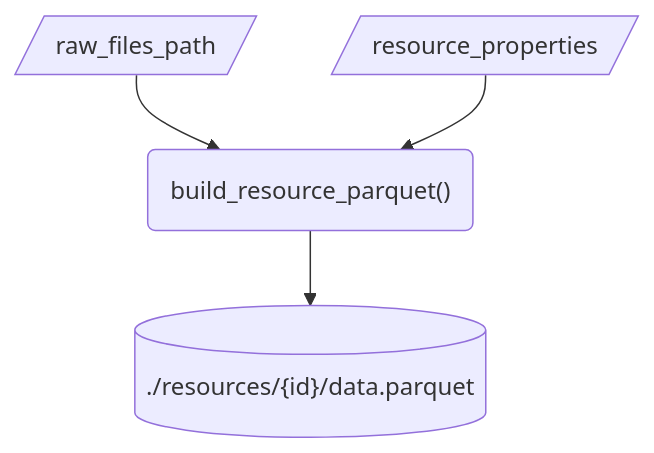
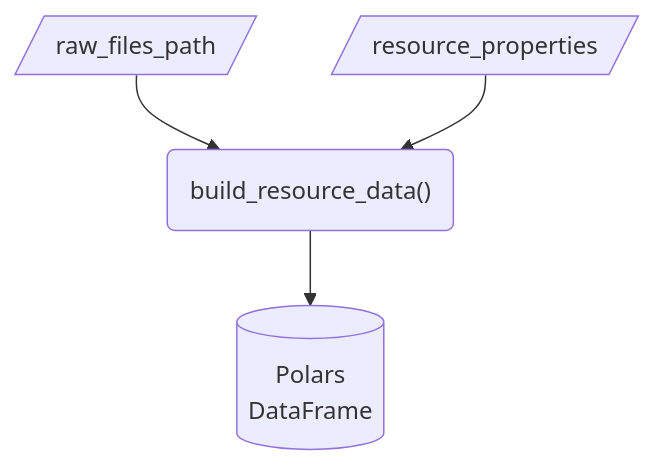
One commit to signekb/seedcase-sprout changed the seventh of 10 diagrams in docs/design/interface/functions.qmd. Above: the diagram before and after it, drawn with Mermaid. The commit also changed other lines of this file and 2 other files, not shown here.

Commit message:
docs: :building_construction: revise to `build_resource_data()` to output a DataFrame (#1074)
## Description

After seeing @K-Beicher working with the data and making the guide, it
felt off to immediately save to Parquet. Given this is `core` and
developer-focused/highly flexible, I can imagine situations where there
may be some post-processing before generating to the Parquet file. So
I've modified this function to output to a DataFrame rather than save
directly to Parquet.

<!-- Select quick/in-depth as necessary -->
This PR needs an in-depth review.

---------

````diff
--- a/docs/design/interface/functions.qmd
+++ b/docs/design/interface/functions.qmd
@@ -170,10 +170,10 @@
 ```{mermaid}
 flowchart
     in_raw_files_path[/raw_files_path/]
     in_properties[/resource_properties/]
-    function("build_resource_parquet()")
-    out[("./resources/{id}/data.parquet")]
+    function("build_resource_data()")
+    out[("Polars<br>DataFrame")]
     in_raw_files_path --> function
     in_properties --> function
     function --> out
 ```
````
